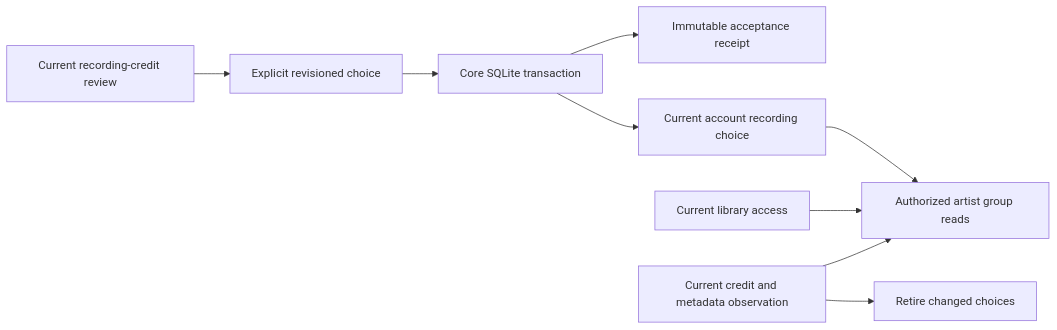
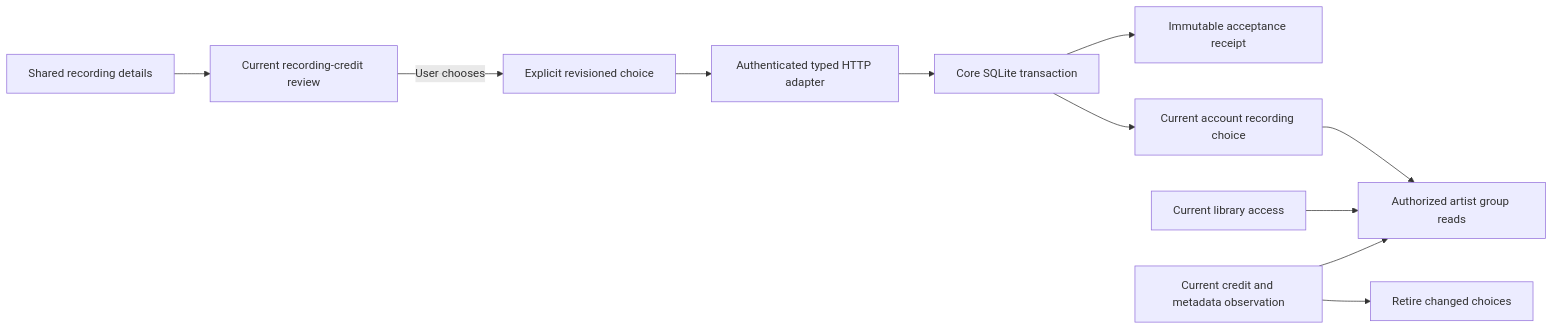
Before and after one commit to acidiney/hitoapp: the diagram in docs/artist-identity-groups.md, drawn with Mermaid. The commit also changed other lines of this file and 2 other files, not shown here.

Commit message:
Document reviewed artist choice APIs and shared controls

````diff
--- a/docs/artist-identity-groups.md
+++ b/docs/artist-identity-groups.md
@@ -9,11 +9,13 @@
 ```mermaid
 flowchart LR
-    Review[Current recording-credit review] --> Choose[Explicit revisioned choice]
-    Choose --> Tx[Core SQLite transaction]
+    UI[Shared recording details] --> Review[Current recording-credit review]
+    Review -->|User chooses| Choose[Explicit revisioned choice]
+    Choose --> HTTP[Authenticated typed HTTP adapter]
+    HTTP --> Tx[Core SQLite transaction]
     Tx --> Receipt[Immutable acceptance receipt]
     Tx --> Choice[Current account recording choice]
     Choice --> Groups[Authorized artist group reads]
     Grants[Current library access] --> Groups
     Credits[Current credit and metadata observation] --> Groups
     Credits --> Retire[Retire changed choices]
 ```
````
